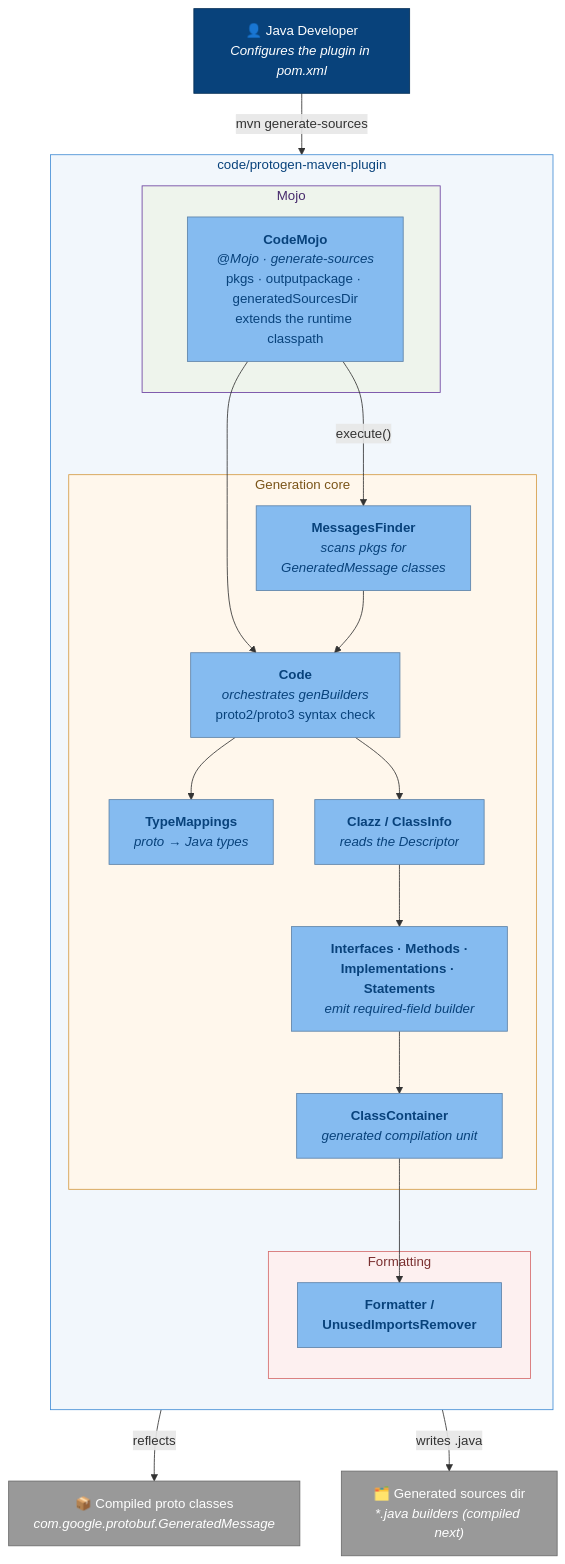
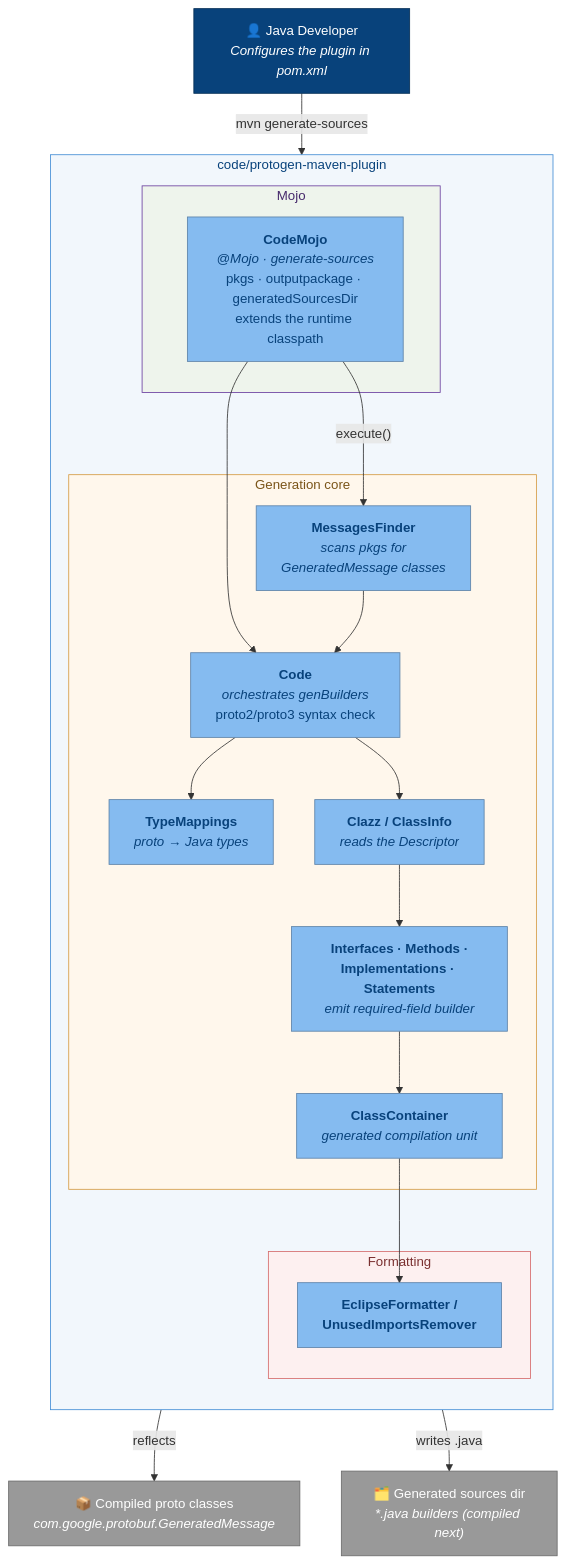
One commit to adamw7/tools changed the fifth of 10 diagrams in docs/c4-architecture.md. Above: the diagram before and after it, drawn with Mermaid. The commit also changed 11 other files, not shown here.

````diff
--- a/docs/c4-architecture.md
+++ b/docs/c4-architecture.md
@@ -357,51 +357,51 @@
 ```mermaid
 flowchart TB
     dev["👤 Java Developer<br/><i>Configures the plugin in pom.xml</i>"]
 
     subgraph protogen ["code/protogen-maven-plugin"]
         direction TB
 
         subgraph entry ["Mojo"]
             mojo["<b>CodeMojo</b><br/><i>@Mojo · generate-sources</i><br/>pkgs · outputpackage · generatedSourcesDir<br/>extends the runtime classpath"]
         end
 
         subgraph gen ["Generation core"]
             finder["<b>MessagesFinder</b><br/><i>scans pkgs for<br/>GeneratedMessage classes</i>"]
             code["<b>Code</b><br/><i>orchestrates genBuilders</i><br/>proto2/proto3 syntax check"]
             typeMap["<b>TypeMappings</b><br/><i>proto → Java types</i>"]
             clazz["<b>Clazz / ClassInfo</b><br/><i>reads the Descriptor</i>"]
             emit["<b>Interfaces · Methods ·<br/>Implementations · Statements</b><br/><i>emit required-field builder</i>"]
             container["<b>ClassContainer</b><br/><i>generated compilation unit</i>"]
         end
 
         subgraph fmt ["Formatting"]
-            formatter["<b>Formatter /<br/>UnusedImportsRemover</b>"]
+            formatter["<b>EclipseFormatter /<br/>UnusedImportsRemover</b>"]
         end
     end
 
     protoClasses["📦 Compiled proto classes<br/><i>com.google.protobuf.GeneratedMessage</i>"]
     genSources["🗂️ Generated sources dir<br/><i>*.java builders (compiled next)</i>"]
 
     dev -->|"mvn generate-sources"| mojo
     mojo -->|"execute()"| finder
     finder -->|"reflects"| protoClasses
     mojo --> code
     finder --> code
     code --> typeMap
     code --> clazz
     clazz --> emit
     emit --> container
     container --> formatter
     formatter -->|"writes .java"| genSources
 
     classDef person fill:#08427b,stroke:#052e56,color:#fff
     classDef comp fill:#85bbf0,stroke:#5d82a8,color:#08427b
     classDef ext fill:#999999,stroke:#6b6b6b,color:#fff
     class dev person
     class mojo,finder,code,typeMap,clazz,emit,container,formatter comp
     class protoClasses,genSources ext
     style protogen fill:#f2f7fc,stroke:#438dd5,color:#08427b
     style entry fill:#eef4ec,stroke:#6b3fa0,color:#46296b
     style gen fill:#fff7ec,stroke:#d59a43,color:#7a5418
     style fmt fill:#fdf0f0,stroke:#d56b6b,color:#7a3030
 ```
````
